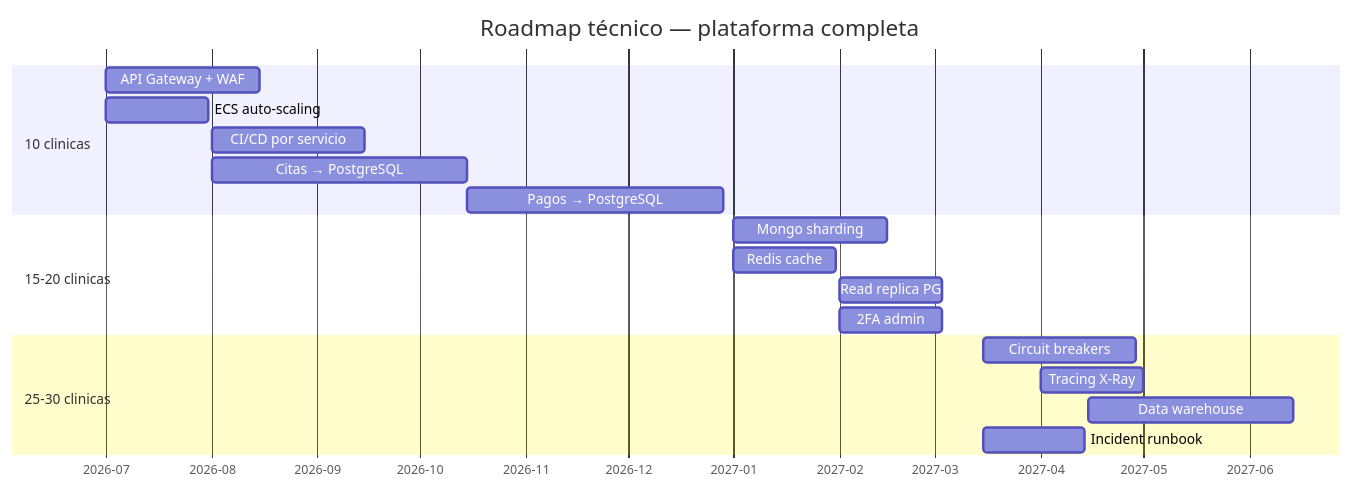
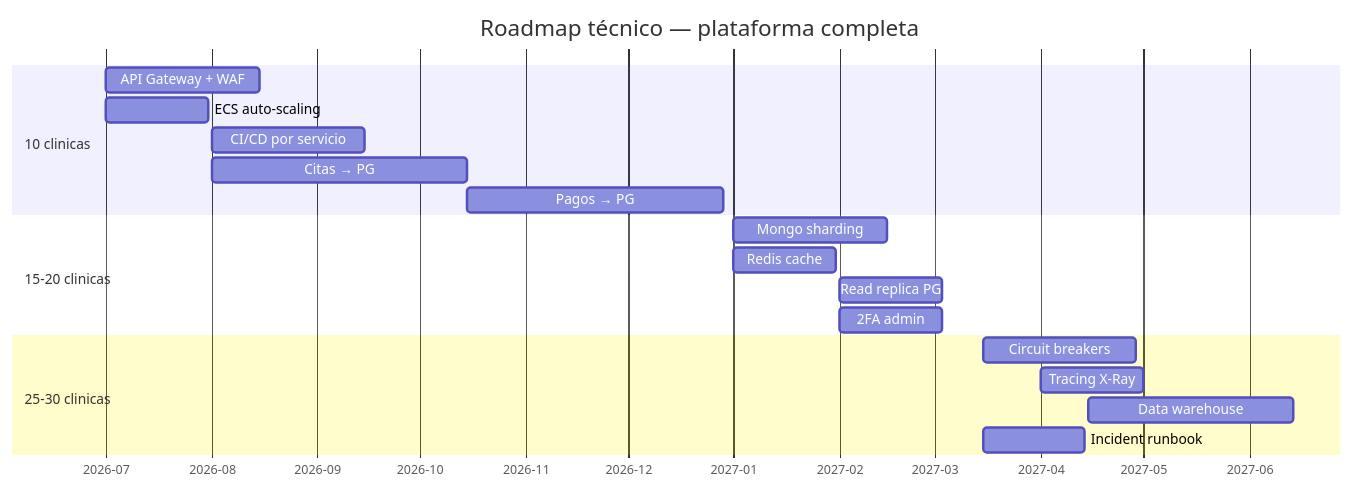
Diagram 22 of 22 in README.md (gmeono94/nua-salud-panel), drawn with Mermaid before and after one commit. The commit also changed other lines of this file and 13 other files, not shown here.

````diff
--- a/README.md
+++ b/README.md
@@ -1095,25 +1140,25 @@
 ```mermaid
 gantt
     title Roadmap técnico — plataforma completa
     dateFormat YYYY-MM-DD
     axisFormat %Y-%m
 
     section 10 clinicas
     API Gateway + WAF     :2026-07-01, 45d
     ECS auto-scaling      :2026-07-01, 30d
     CI/CD por servicio    :2026-08-01, 45d
-    Citas → PostgreSQL    :2026-08-01, 75d
-    Pagos → PostgreSQL    :2026-10-15, 75d
+    Citas → PG            :2026-08-01, 75d
+    Pagos → PG            :2026-10-15, 75d
 
     section 15-20 clinicas
     Mongo sharding        :2027-01-01, 45d
     Redis cache           :2027-01-01, 30d
     Read replica PG       :2027-02-01, 30d
     2FA admin             :2027-02-01, 30d
 
     section 25-30 clinicas
     Circuit breakers      :2027-03-15, 45d
     Tracing X-Ray         :2027-04-01, 30d
     Data warehouse        :2027-04-15, 60d
     Incident runbook      :2027-03-15, 30d
 ```
````
